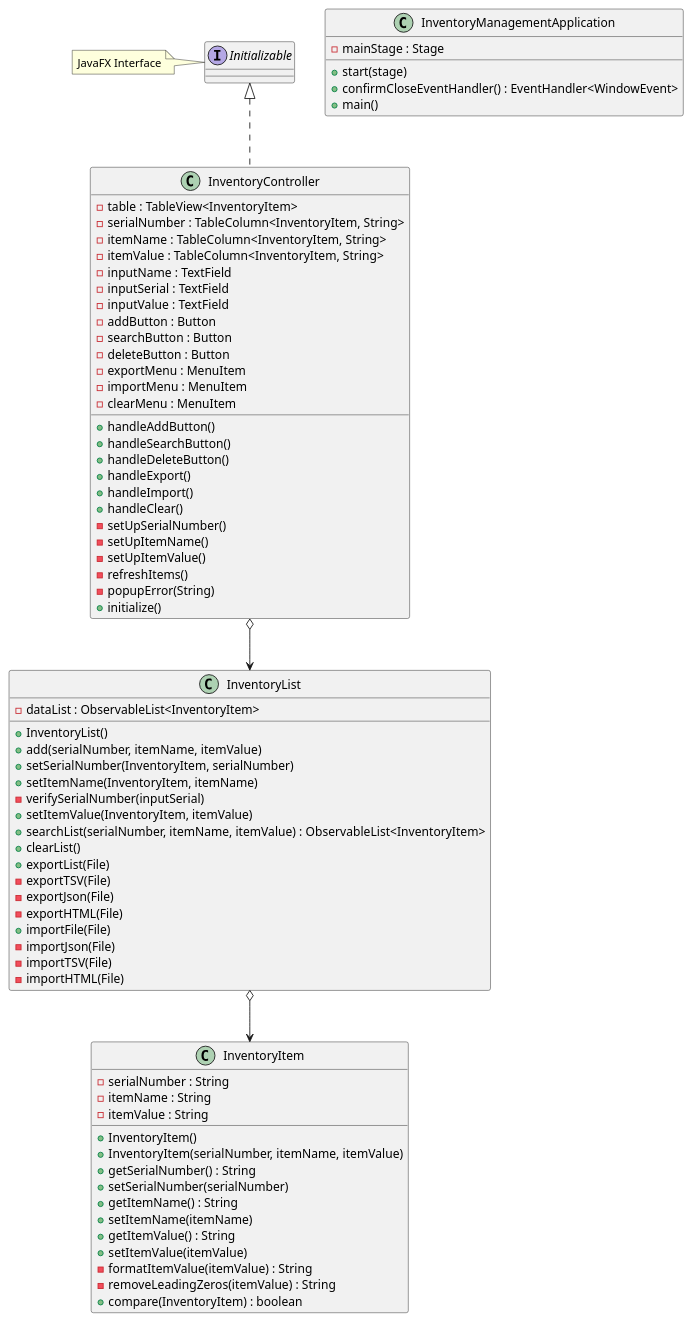
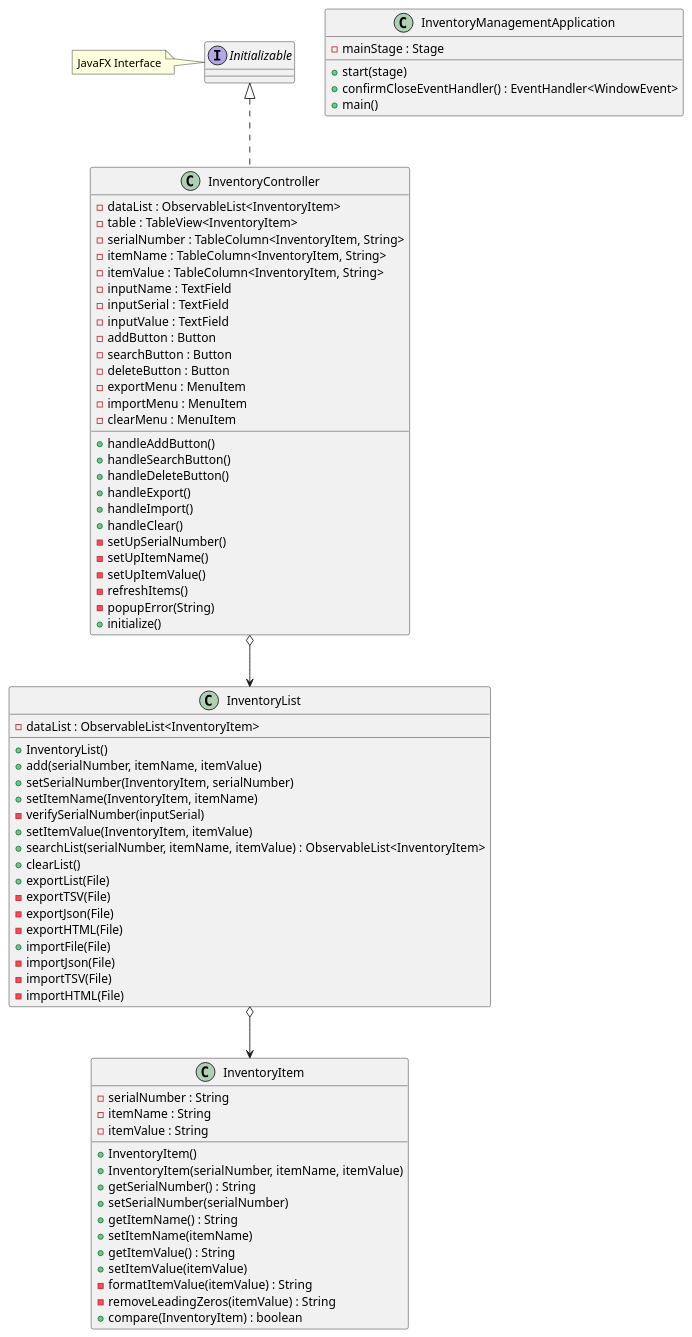
Before and after one commit to jmazor/mazor-app2: the diagram in docs/Inventory.puml, drawn with PlantUML.

Commit message:
uml edits

```diff
--- a/docs/Inventory.puml
+++ b/docs/Inventory.puml
@@ -1,88 +1,89 @@
 @startuml
 'https://plantuml.com/class-diagram
 
 class InventoryManagementApplication {
     -mainStage : Stage
     +start(stage)
     +confirmCloseEventHandler() : EventHandler<WindowEvent>
     +main()
 }
 
 class InventoryController implements Initializable{
+    -dataList : ObservableList<InventoryItem>
     -table : TableView<InventoryItem>
     -serialNumber : TableColumn<InventoryItem, String>
     -itemName : TableColumn<InventoryItem, String>
     -itemValue : TableColumn<InventoryItem, String>
     -inputName : TextField
     -inputSerial : TextField
     -inputValue : TextField
     -addButton : Button
     -searchButton : Button
     -deleteButton : Button
     -exportMenu : MenuItem
     -importMenu : MenuItem
     -clearMenu : MenuItem
 
     +handleAddButton()
     +handleSearchButton()
     +handleDeleteButton()
     +handleExport()
     +handleImport()
     +handleClear()
     -setUpSerialNumber()
     -setUpItemName()
     -setUpItemValue()
     -refreshItems()
     -popupError(String)
     +initialize()
 
 }
 
 Interface Initializable
 note left: JavaFX Interface
 
 class InventoryItem {
     -serialNumber : String
     -itemName : String
     -itemValue : String
 
     +InventoryItem()
     +InventoryItem(serialNumber, itemName, itemValue)
     +getSerialNumber() : String
     +setSerialNumber(serialNumber)
     +getItemName() : String
     +setItemName(itemName)
     +getItemValue() : String
     +setItemValue(itemValue)
     -formatItemValue(itemValue) : String
     -removeLeadingZeros(itemValue) : String
     +compare(InventoryItem) : boolean
 
 
 }
 
 class InventoryList {
     -dataList : ObservableList<InventoryItem>
     +InventoryList()
     +add(serialNumber, itemName, itemValue)
     +setSerialNumber(InventoryItem, serialNumber)
     +setItemName(InventoryItem, itemName)
     -verifySerialNumber(inputSerial)
     +setItemValue(InventoryItem, itemValue)
     +searchList(serialNumber, itemName, itemValue) : ObservableList<InventoryItem>
     +clearList()
     +exportList(File)
     -exportTSV(File)
     -exportJson(File)
     -exportHTML(File)
     +importFile(File)
     -importJson(File)
     -importTSV(File)
     -importHTML(File)
 
 }
 
 InventoryList o--> InventoryItem
 InventoryController o--> InventoryList
 
 @enduml
```
